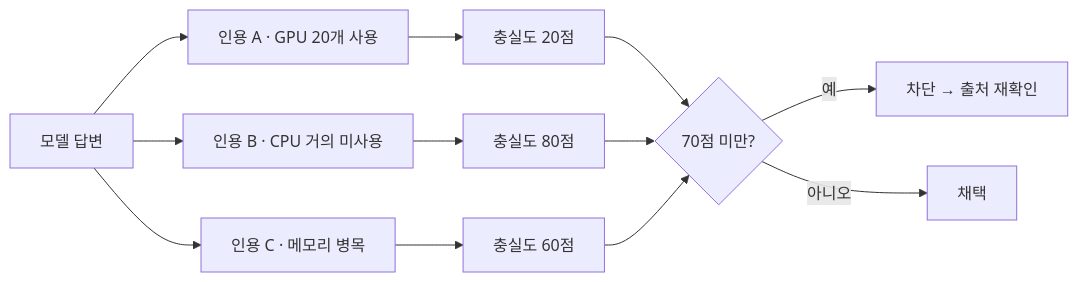
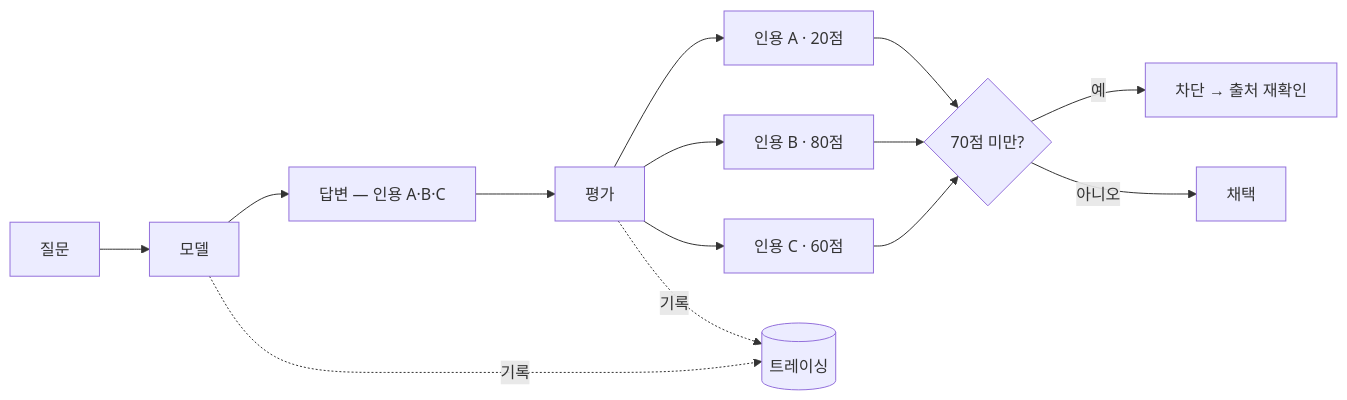
Before and after one commit to CodeCompose7/awesome-ai-stack: the third of 7 diagrams in src/content/concepts/ko/harness-engineering.mdx, drawn with Mermaid. The commit also changed other lines of this file and 1 other file, not shown here.

Commit message:
content(concepts): show model→evaluation→tracing in the scoring diagram
The factual-claim diagram now names the actors: a question goes to the
model, the model answers, evaluation scores each claim against the
source, and the gate filters by threshold — while model and evaluation
both log to a tracing store. Prose now explains tracing too. en/ko.

````diff
--- a/src/content/concepts/ko/harness-engineering.mdx
+++ b/src/content/concepts/ko/harness-engineering.mdx
@@ -101,14 +101,16 @@
 ```mermaid
 flowchart LR
-  ans["모델 답변"] --> a["인용 A · GPU 20개 사용"]
-  ans --> b["인용 B · CPU 거의 미사용"]
-  ans --> c["인용 C · 메모리 병목"]
-  a --> sa["충실도 20점"]
-  b --> sb["충실도 80점"]
-  c --> sc["충실도 60점"]
+  q["질문"] --> model["모델"]
+  model --> ans["답변 — 인용 A·B·C"]
+  ans --> eval["평가"]
+  eval --> sa["인용 A · 20점"]
+  eval --> sb["인용 B · 80점"]
+  eval --> sc["인용 C · 60점"]
   sa --> gate{"70점 미만?"}
   sb --> gate
   sc --> gate
   gate -- 예 --> block["차단 → 출처 재확인"]
   gate -- 아니오 --> ok["채택"]
+  model -.기록.-> trace[("트레이싱")]
+  eval -.기록.-> trace
 ```
````
